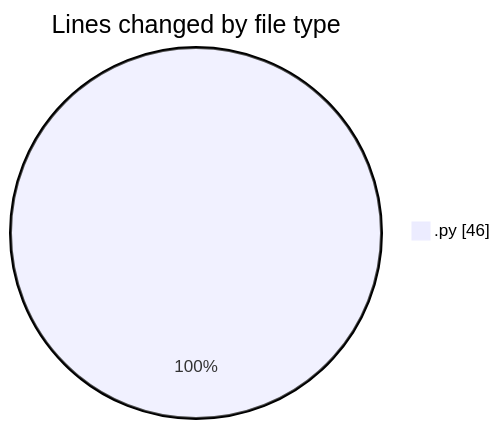
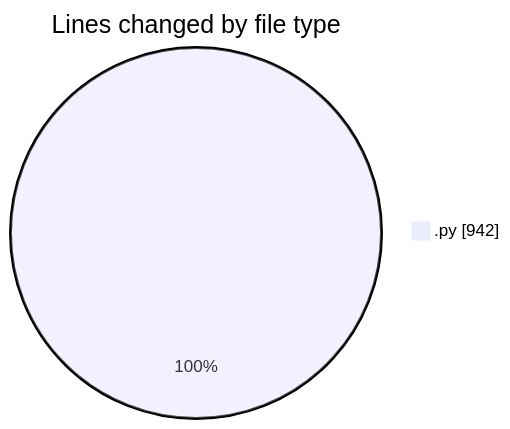
Before and after one commit to MatusMokan/code-tracking: the first of 2 diagrams in 2025-04-12/myws__workspace_/README.md, drawn with Mermaid. The commit also changed other lines of this file and 1 other file, not shown here.

````diff
--- a/2025-04-12/myws__workspace_/README.md
+++ b/2025-04-12/myws__workspace_/README.md
@@ -20,5 +21,5 @@
 ```mermaid
 pie showData
 title Lines changed by file type
-".py" : 46
+".py" : 942
 ```
````
